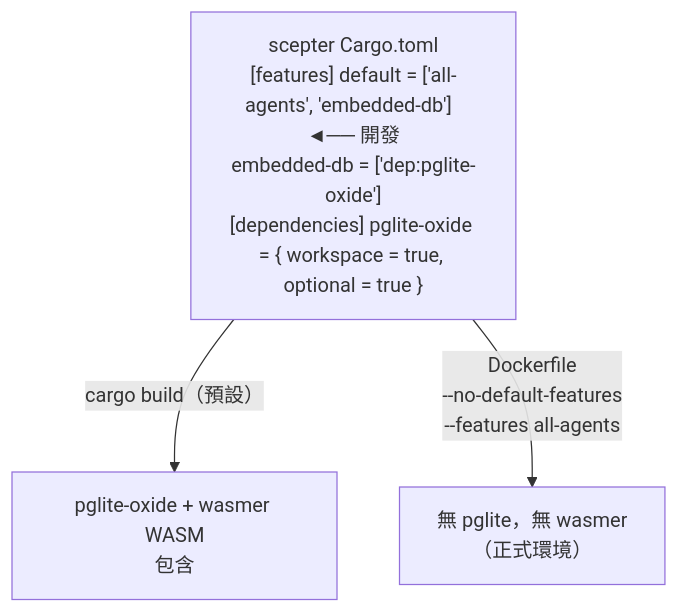
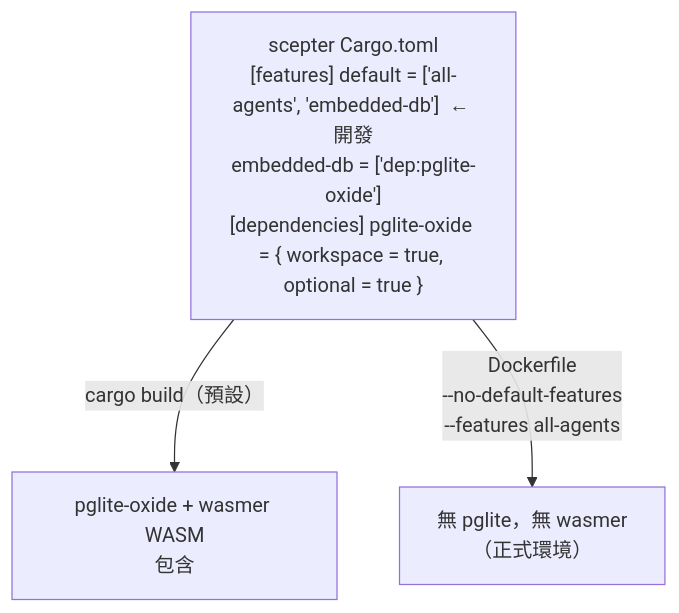
One commit to celestia-island/plana changed diagram 37 of 37 in docs/zht/design/core/scepter-architecture.md. Above: the diagram before and after it, drawn with Mermaid. The commit also changed 3 other files, not shown here.

First line of the commit message:
🎨 diagrams: fix stray ◄── Unicode arrow in 4 translated scepter-architecture.md

````diff
--- a/docs/zht/design/core/scepter-architecture.md
+++ b/docs/zht/design/core/scepter-architecture.md
@@ -1086,7 +1086,7 @@
 ```mermaid
 flowchart TB
-    Cargo["scepter Cargo.toml<br/>[features] default = ['all-agents', 'embedded-db']  ◄── 開發<br/>embedded-db = ['dep:pglite-oxide']<br/>[dependencies] pglite-oxide = { workspace = true, optional = true }"]
+    Cargo["scepter Cargo.toml<br/>[features] default = ['all-agents', 'embedded-db']  ← 開發<br/>embedded-db = ['dep:pglite-oxide']<br/>[dependencies] pglite-oxide = { workspace = true, optional = true }"]
 
     Cargo -->|"cargo build（預設）"| Dev["pglite-oxide + wasmer WASM<br/>包含"]
     Cargo -->|"Dockerfile<br/>--no-default-features<br/>--features all-agents"| Prod["無 pglite，無 wasmer<br/>（正式環境）"]
 ```
````
